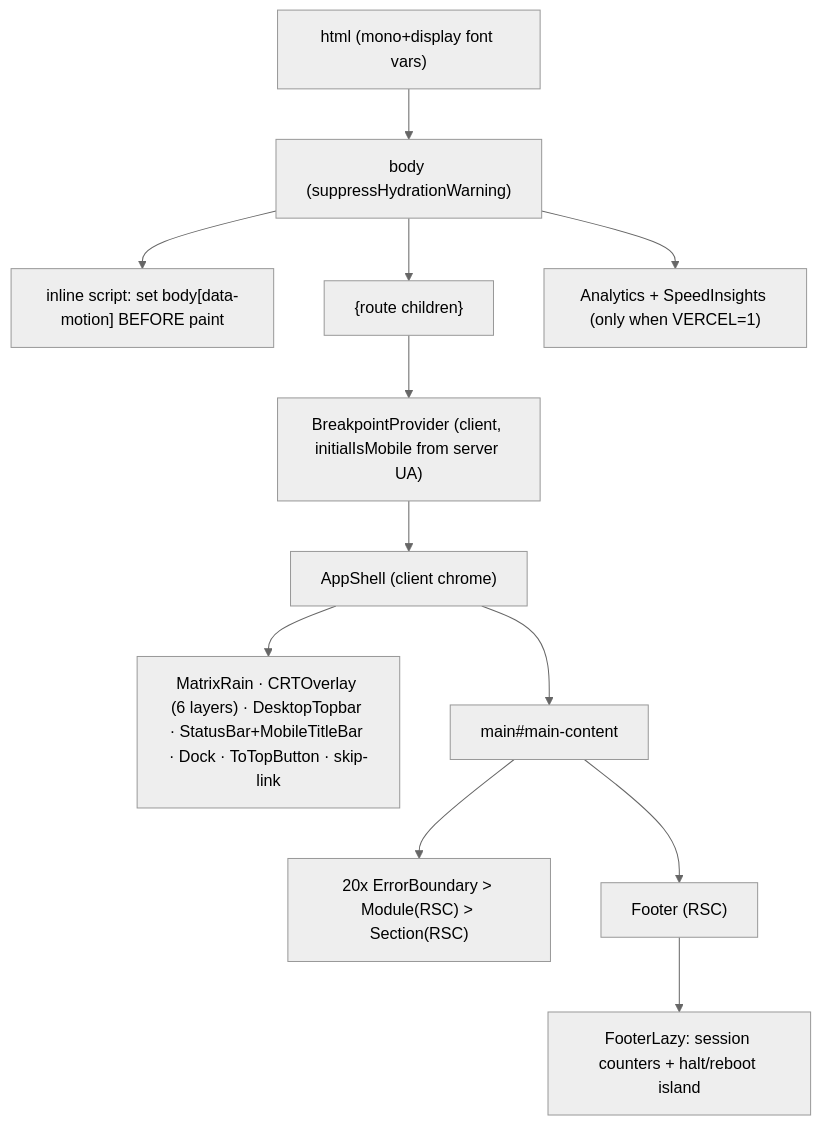
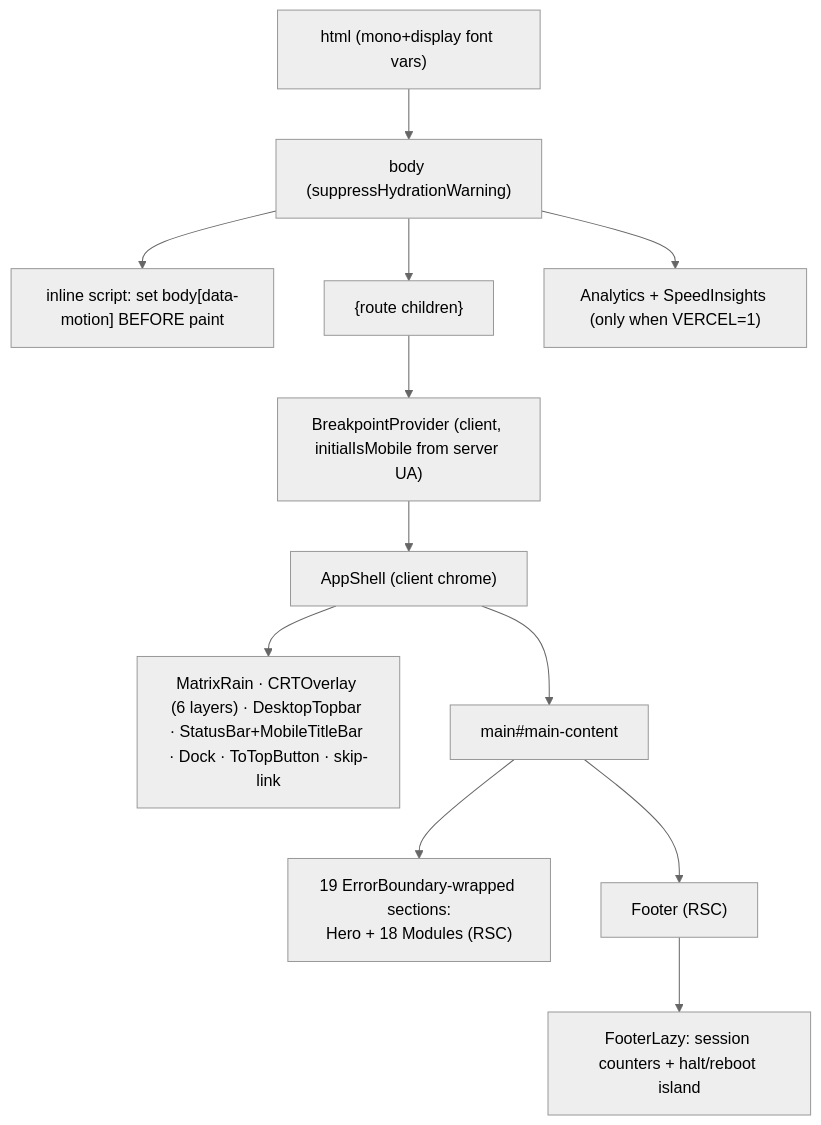
Before and after one commit to erikunha/portfolio: the second of 6 diagrams in docs/03-rendering-and-data-flow.md, drawn with Mermaid (neutral theme). The commit also changed other lines of this file and 12 other files, not shown here.

````diff
--- a/docs/03-rendering-and-data-flow.md
+++ b/docs/03-rendering-and-data-flow.md
@@ -38,14 +38,14 @@
 ```mermaid
 flowchart TD
     html["html (mono+display font vars)"] --> body["body (suppressHydrationWarning)"]
     body --> boot["inline script: set body[data-motion] BEFORE paint"]
     body --> children["{route children}"]
     body --> rum["Analytics + SpeedInsights (only when VERCEL=1)"]
     children --> bp["BreakpointProvider (client, initialIsMobile from server UA)"]
     bp --> appshell["AppShell (client chrome)"]
     appshell --> chrome["MatrixRain · CRTOverlay (6 layers) · DesktopTopbar · StatusBar+MobileTitleBar · Dock · ToTopButton · skip-link"]
     appshell --> main["main#main-content"]
-    main --> secs["20x ErrorBoundary > Module(RSC) > Section(RSC)"]
+    main --> secs["19 ErrorBoundary-wrapped sections:<br/>Hero + 18 Modules (RSC)"]
     main --> footer["Footer (RSC)"]
     footer --> footerIslands["FooterLazy: session counters + halt/reboot island"]
 ```
````
